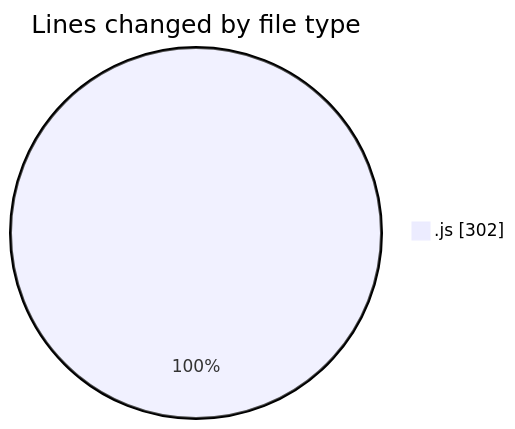
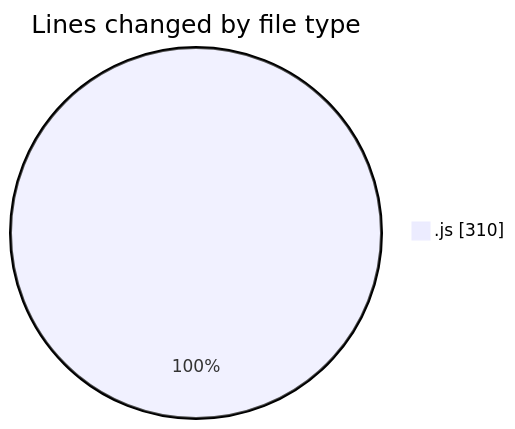
Before and after one commit to momahboobian/code-tracking: the first of 2 diagrams in 2025-03-11/cda/README.md, drawn with Mermaid. The commit also changed other lines of this file and 1 other file, not shown here.

````diff
--- a/2025-03-11/cda/README.md
+++ b/2025-03-11/cda/README.md
@@ -22,5 +22,5 @@
 ```mermaid
 pie showData
 title Lines changed by file type
-".js" : 302
+".js" : 310
 ```
````
